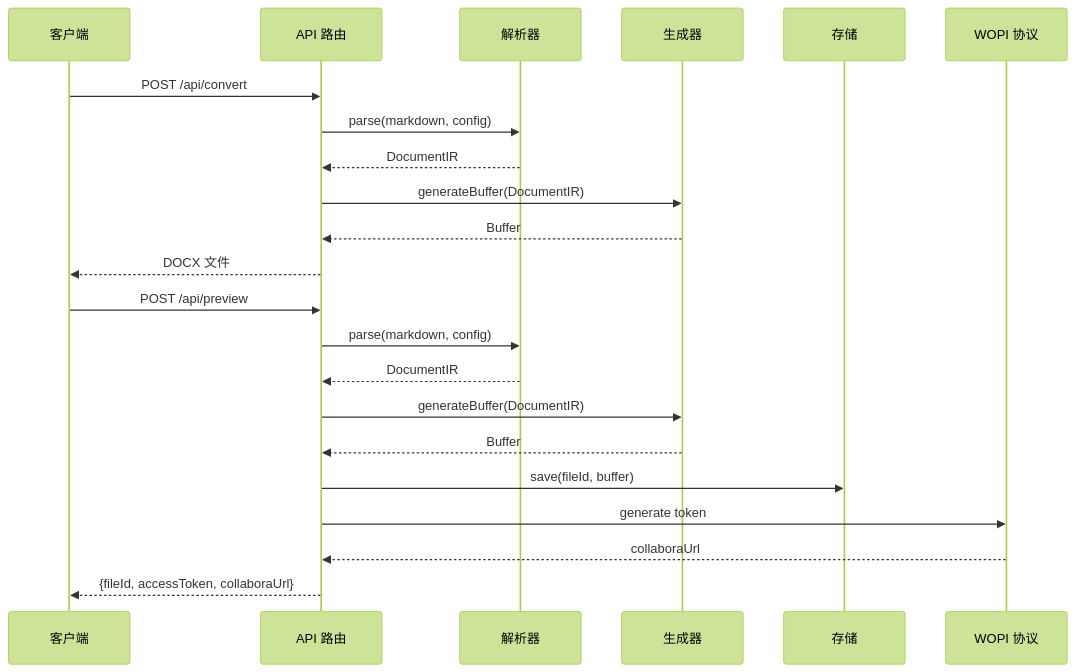
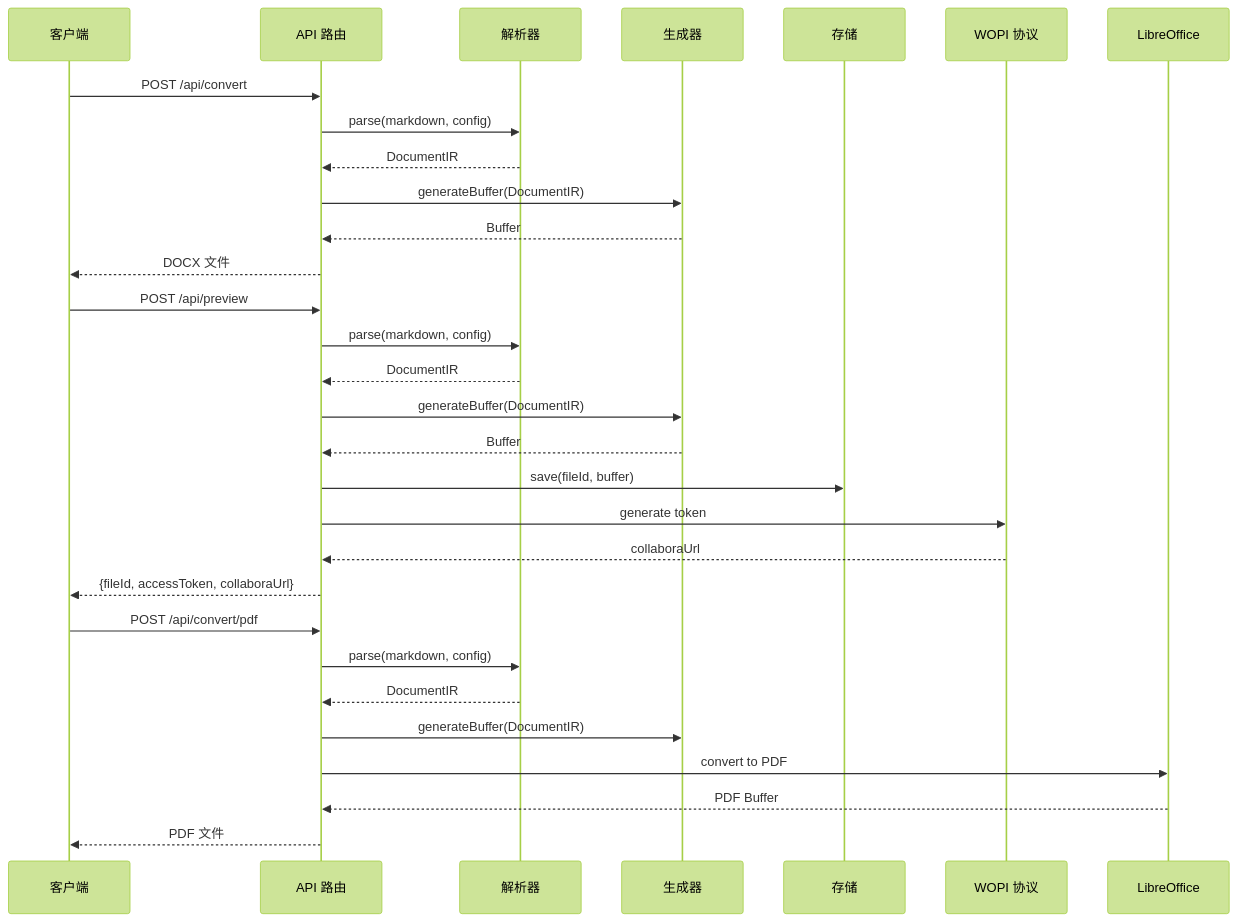
Before and after one commit to wanwushelie/markdown-to-word-studio: the sixth of 12 diagrams in .lingma/repowiki/zh/content/用户指南/前端界面现代化.md, drawn with Mermaid (forest theme). The commit also changed other lines of this file and 7 other files, not shown here.

````diff
--- a/.lingma/repowiki/zh/content/用户指南/前端界面现代化.md
+++ b/.lingma/repowiki/zh/content/用户指南/前端界面现代化.md
@@ -296,24 +366,31 @@
 ```mermaid
 sequenceDiagram
 participant Client as 客户端
 participant API as API 路由
 participant Parser as 解析器
 participant Generator as 生成器
 participant Storage as 存储
 participant WOPI as WOPI 协议
 Client->>API : POST /api/convert
 API->>Parser : parse(markdown, config)
 Parser-->>API : DocumentIR
 API->>Generator : generateBuffer(DocumentIR)
 Generator-->>API : Buffer
 API-->>Client : DOCX 文件
 Client->>API : POST /api/preview
 API->>Parser : parse(markdown, config)
 Parser-->>API : DocumentIR
 API->>Generator : generateBuffer(DocumentIR)
 Generator-->>API : Buffer
 API->>Storage : save(fileId, buffer)
 API->>WOPI : generate token
 WOPI-->>API : collaboraUrl
 API-->>Client : {fileId, accessToken, collaboraUrl}
+Client->>API : POST /api/convert/pdf
+API->>Parser : parse(markdown, config)
+Parser-->>API : DocumentIR
+API->>Generator : generateBuffer(DocumentIR)
+API->>LibreOffice : convert to PDF
+LibreOffice-->>API : PDF Buffer
+API-->>Client : PDF 文件
 ```
````
